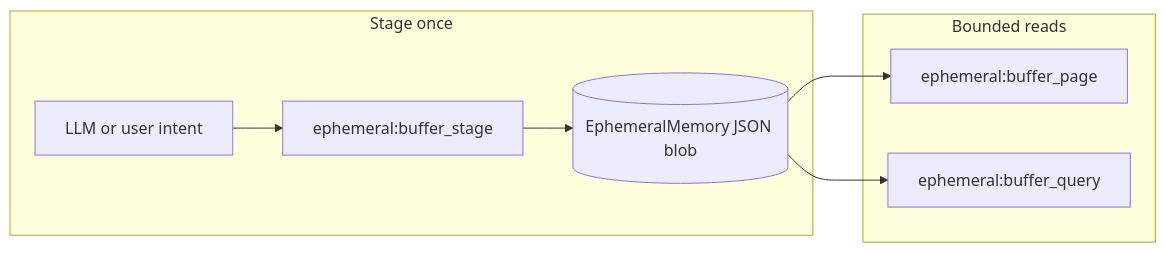
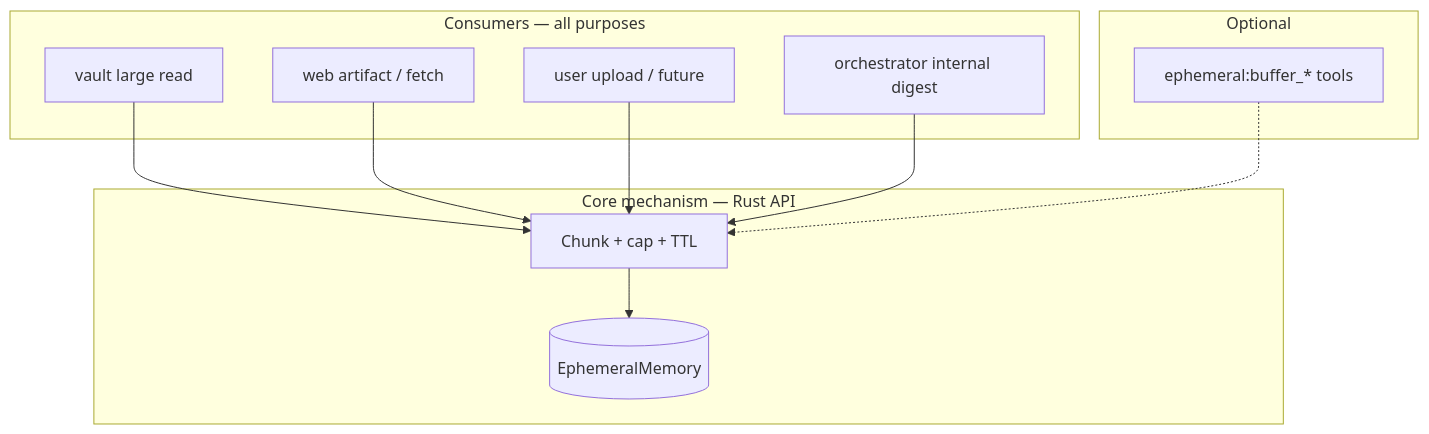
One commit to janpauldahlke/eris changed the diagram in docs/TODO/01_BIG_CONTENT_LENS.md. Above: the diagram before and after it, drawn with Mermaid. The commit also changed other lines of this file, not shown here.

````diff
--- a/docs/TODO/01_BIG_CONTENT_LENS.md
+++ b/docs/TODO/01_BIG_CONTENT_LENS.md
@@ -7,15 +36,22 @@
 ```mermaid
-flowchart LR
-  subgraph ingest [Stage once]
-    LLM[LLM or user intent]
-    stage[ephemeral:buffer_stage]
-    mem[(EphemeralMemory JSON blob)]
-    LLM --> stage --> mem
+flowchart TB
+  subgraph consumers [Consumers — all purposes]
+    V[vault large read]
+    W[web artifact / fetch]
+    U[user upload / future]
+    O[orchestrator internal digest]
   end
-  subgraph lenses [Bounded reads]
-    page[ephemeral:buffer_page]
-    query[ephemeral:buffer_query]
-    mem --> page
-    mem --> query
+  subgraph core [Core mechanism — Rust API]
+    C[Chunk + cap + TTL]
+    E[(EphemeralMemory)]
+    C --> E
   end
+  subgraph optional [Optional]
+    T[ephemeral:buffer_* tools]
+  end
+  V --> C
+  W --> C
+  U --> C
+  O --> C
+  T -.-> C
 ```
````
